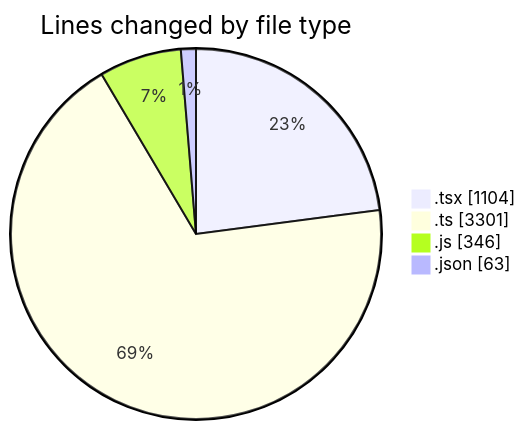
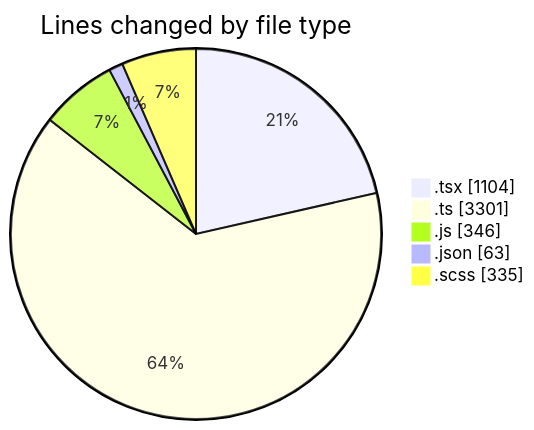
The first of 2 diagrams in 2025-12-01/cda/README.md (momahboobian/code-tracking), drawn with Mermaid before and after one commit. The commit also changed other lines of this file and 1 other file, not shown here.

````diff
--- a/2025-12-01/cda/README.md
+++ b/2025-12-01/cda/README.md
@@ -31,8 +32,9 @@
 ```mermaid
 pie showData
 title Lines changed by file type
 ".tsx" : 1104
 ".ts" : 3301
 ".js" : 346
 ".json" : 63
+".scss" : 335
 ```
````
